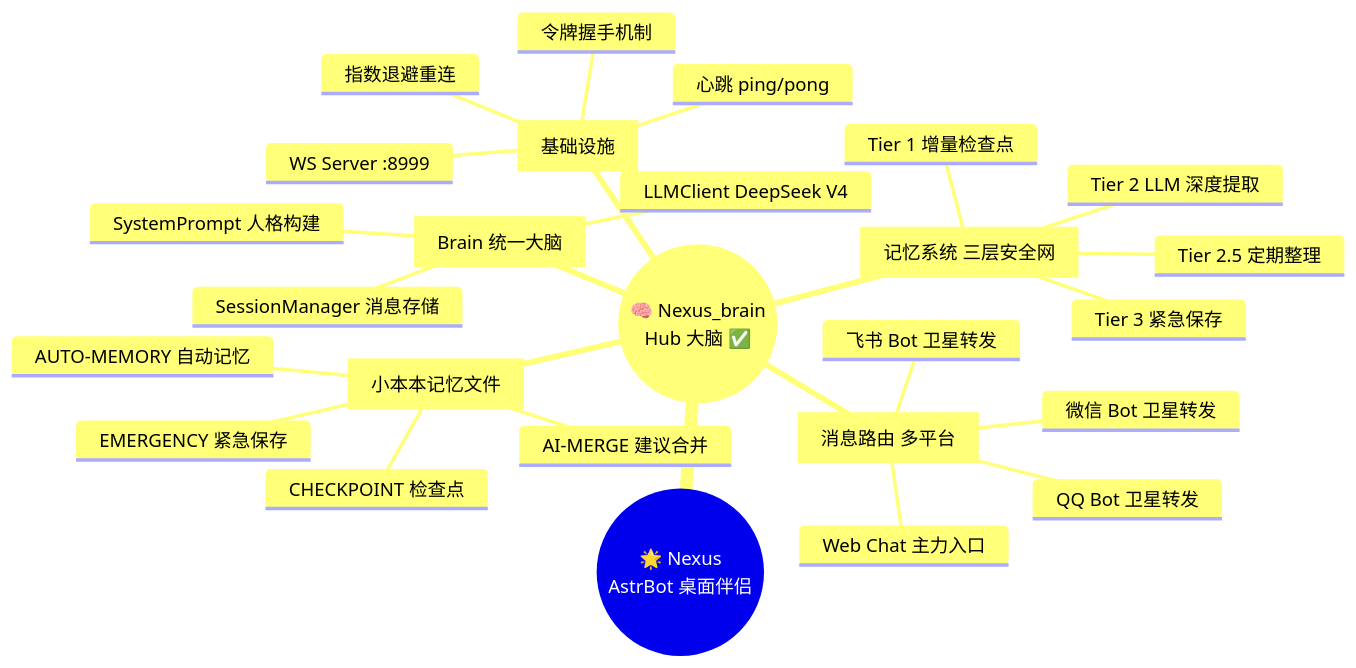
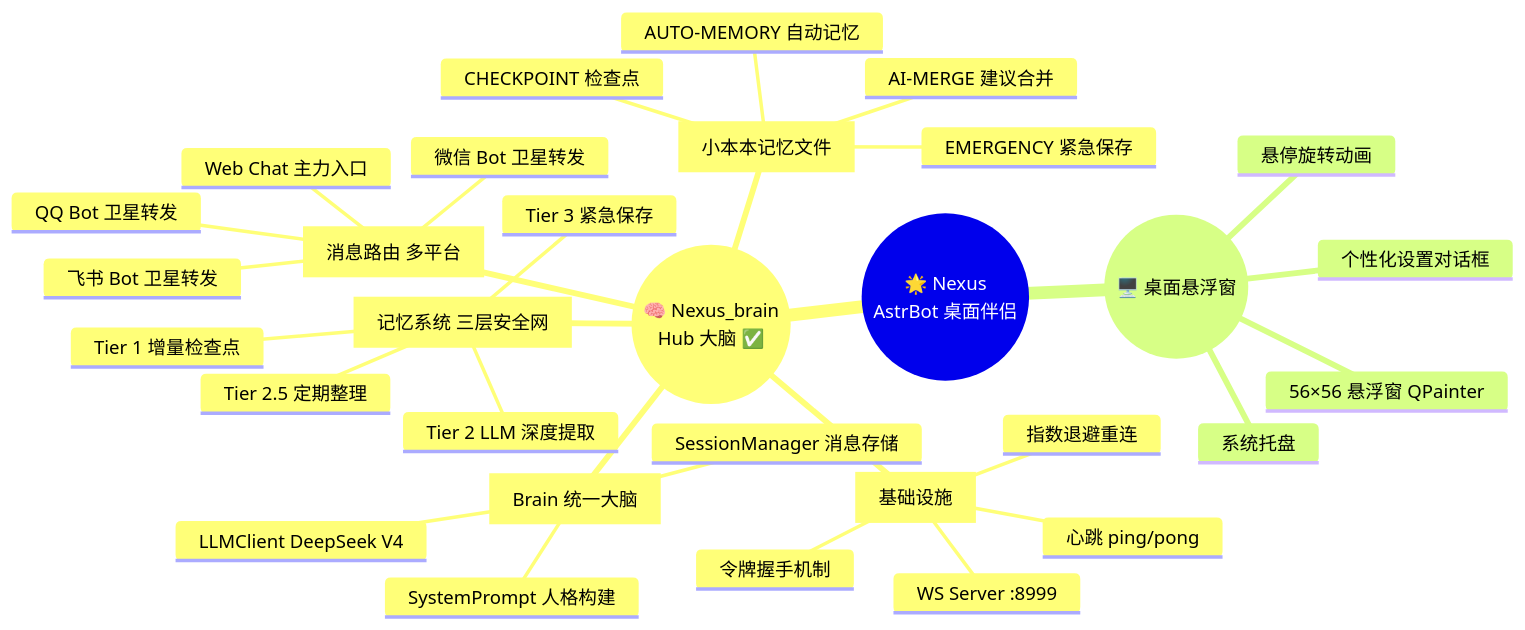
The first of 2 diagrams in README.md (yuanchu114514-spec/nexus-brain), drawn with Mermaid before and after one commit. The commit also changed other lines of this file, not shown here.

````diff
--- a/README.md
+++ b/README.md
@@ -22,29 +24,34 @@
 ```mermaid
 mindmap
   root(("🌟 Nexus<br/>AstrBot 桌面伴侣"))
     (("🧠 Nexus_brain<br/>Hub 大脑 ✅"))
       [Brain 统一大脑]
         SystemPrompt 人格构建
         SessionManager 消息存储
         LLMClient DeepSeek V4
       [记忆系统 三层安全网]
         Tier 1 增量检查点
         Tier 2 LLM 深度提取
         Tier 2.5 定期整理
         Tier 3 紧急保存
       [消息路由 多平台]
         Web Chat 主力入口
         QQ Bot 卫星转发
         微信 Bot 卫星转发
         飞书 Bot 卫星转发
       [基础设施]
         WS Server :8999
         令牌握手机制
         指数退避重连
         心跳 ping/pong
       [小本本记忆文件]
         AUTO-MEMORY 自动记忆
         CHECKPOINT 检查点
         EMERGENCY 紧急保存
         AI-MERGE 建议合并
+    (("🖥️ 桌面悬浮窗"))
+      56×56 悬浮窗 QPainter
+      悬停旋转动画
+      个性化设置对话框
+      系统托盘
 ```
````
